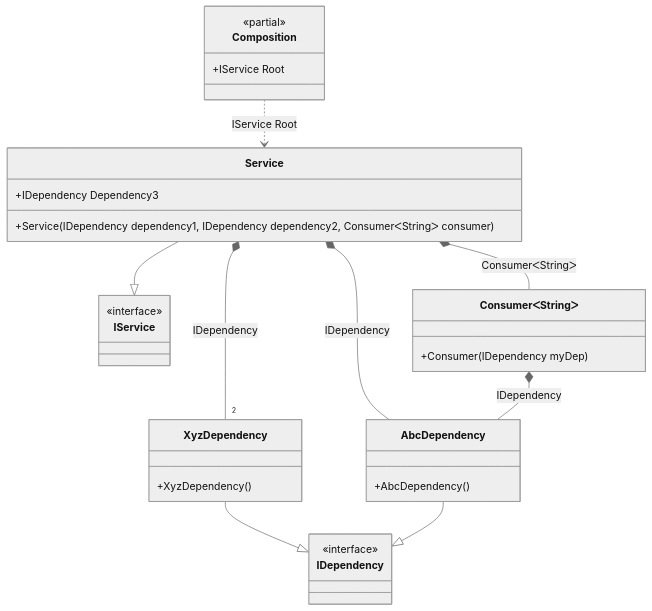
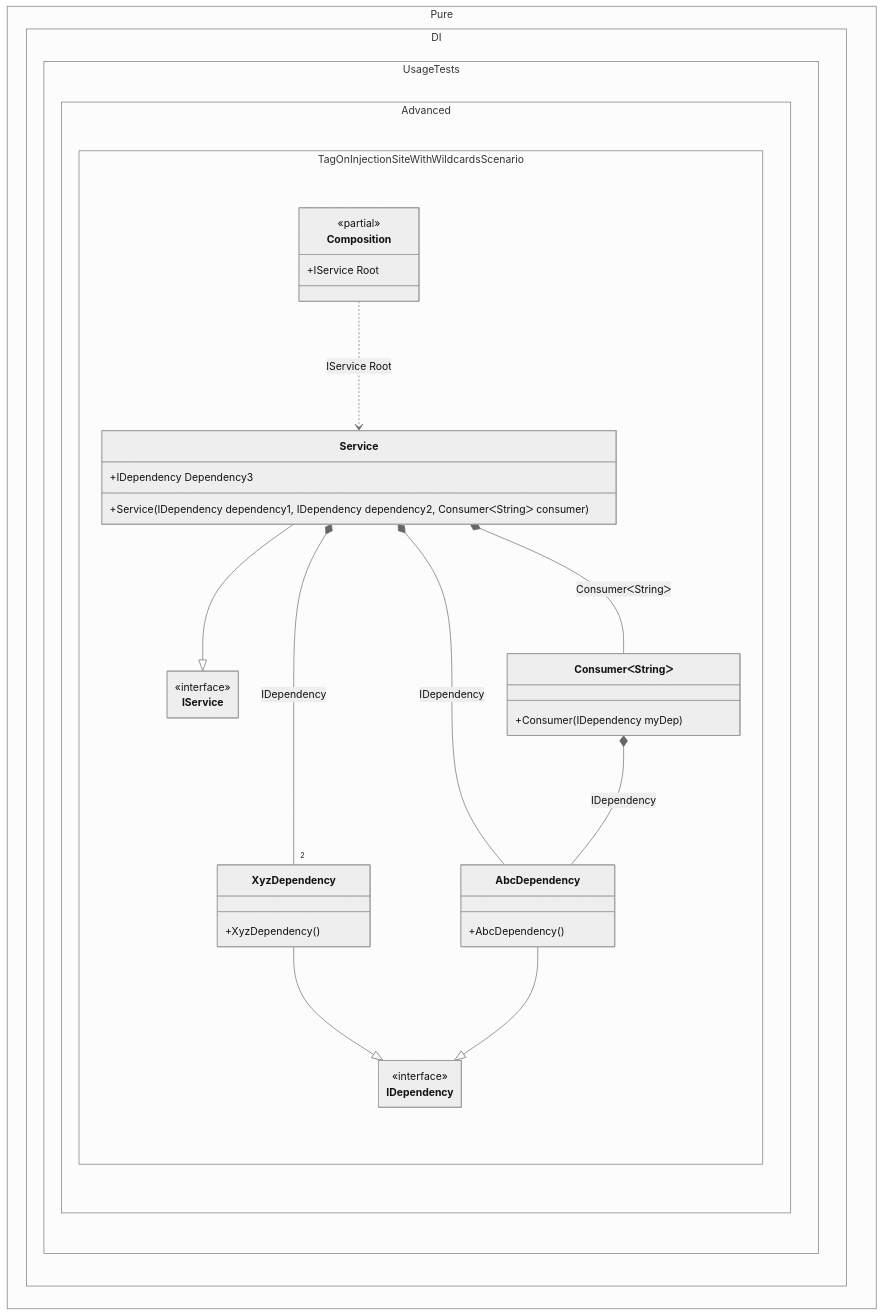
The diagram in readme/tag-on-injection-site-with-wildcards.md (DevTeam/Pure.DI), drawn with Mermaid (neutral theme) before and after one commit. The commit also changed 103 other files, not shown here.

Commit message:
Improved class diagrams

````diff
--- a/readme/tag-on-injection-site-with-wildcards.md
+++ b/readme/tag-on-injection-site-with-wildcards.md
@@ -101,34 +101,41 @@
 ```mermaid
+---
+ config:
+  class:
+   hideEmptyMembersBox: true
+---
 classDiagram
-	class Composition {
-		<<partial>>
-		+IService Root
-	}
 	Service --|> IService
-	class Service {
-		+Service(IDependency dependency1, IDependency dependency2, ConsumerᐸStringᐳ consumer)
-		+IDependency Dependency3
-	}
 	XyzDependency --|> IDependency
-	class XyzDependency {
-		+XyzDependency()
-	}
-	class ConsumerᐸStringᐳ {
-		+Consumer(IDependency myDep)
-	}
 	AbcDependency --|> IDependency
-	class AbcDependency {
-		+AbcDependency()
-	}
-	class IService {
-		<<interface>>
-	}
-	class IDependency {
-		<<interface>>
-	}
 	Composition ..> Service : IService Root
 	Service *-- "2 " XyzDependency : IDependency
 	Service *--  ConsumerᐸStringᐳ : ConsumerᐸStringᐳ
 	Service *--  AbcDependency : IDependency
 	ConsumerᐸStringᐳ *--  AbcDependency : IDependency
+	namespace Pure.DI.UsageTests.Advanced.TagOnInjectionSiteWithWildcardsScenario {
+		class AbcDependency {
+			+AbcDependency()
+		}
+		class Composition {
+		<<partial>>
+		+IService Root
+		}
+		class ConsumerᐸStringᐳ {
+			+Consumer(IDependency myDep)
+		}
+		class IDependency {
+			<<interface>>
+		}
+		class IService {
+			<<interface>>
+		}
+		class Service {
+			+Service(IDependency dependency1, IDependency dependency2, ConsumerᐸStringᐳ consumer)
+			+IDependency Dependency3
+		}
+		class XyzDependency {
+			+XyzDependency()
+		}
+	}
 ```
````
